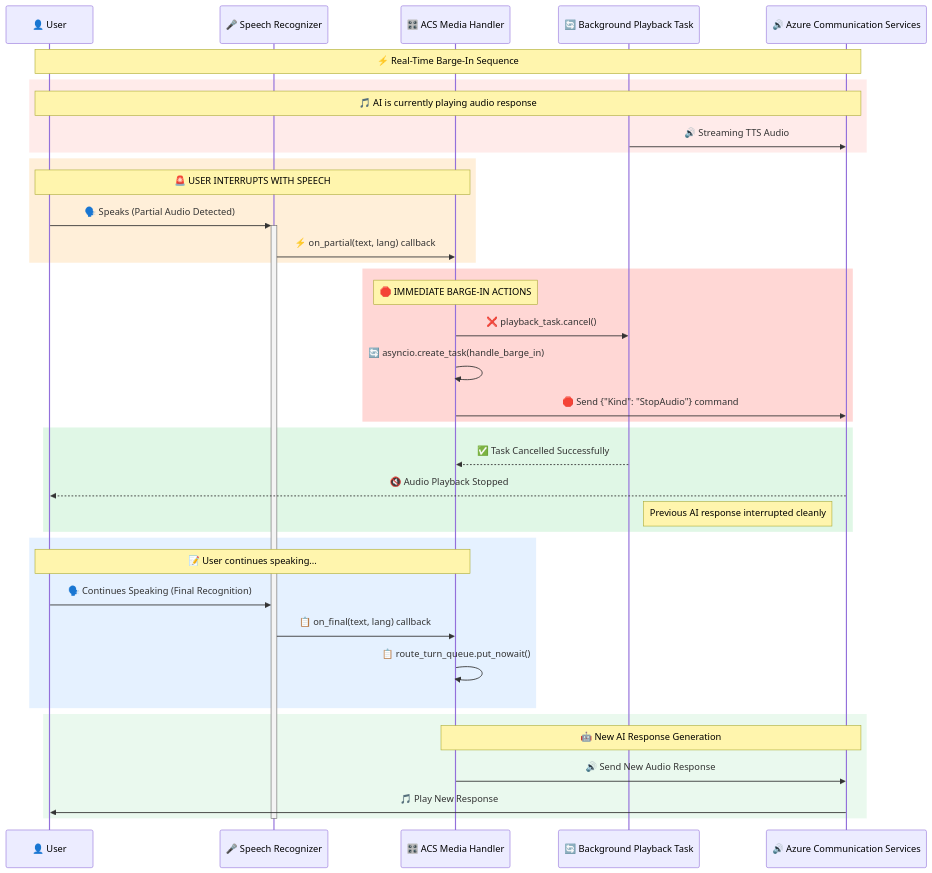
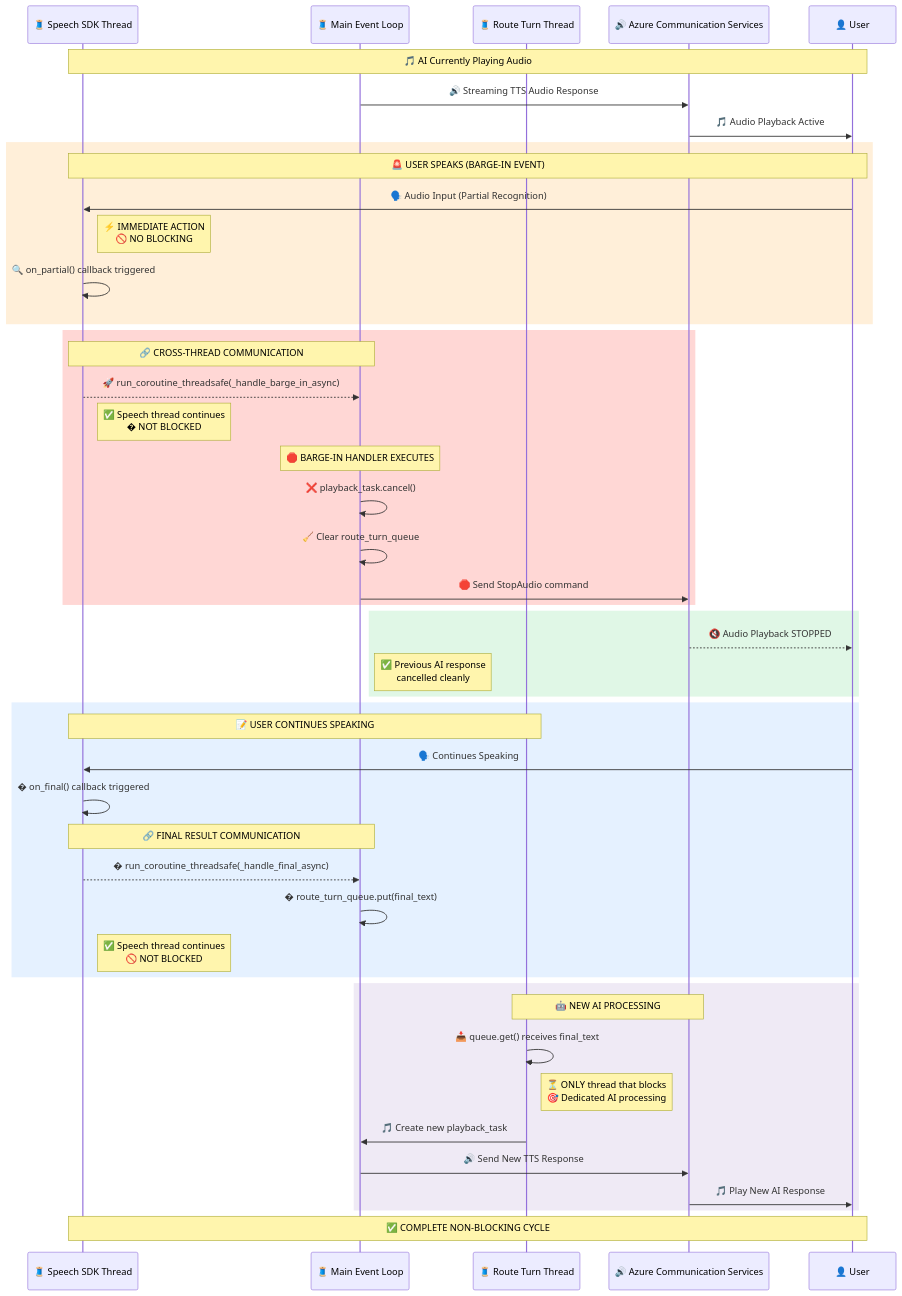
One commit to glavman/art-voice-agent-accelerator changed the fourth of 5 diagrams in docs/ACSBargeInFlow.md. Above: the diagram before and after it, drawn with Mermaid. The commit also changed other lines of this file and 17 other files, not shown here.

First line of the commit message:
feat: Add Event Grid App Configuration script for Azure setup

````diff
--- a/docs/ACSBargeInFlow.md
+++ b/docs/ACSBargeInFlow.md
@@ -127,49 +343,59 @@
 ```mermaid
 sequenceDiagram
+    participant SpeechSDK as 🧵 Speech SDK Thread
+    participant MainLoop as 🧵 Main Event Loop
+    participant RouteLoop as 🧵 Route Turn Thread  
+    participant ACS as 🔊 Azure Communication Services
     participant User as 👤 User
-    participant SR as 🎤 Speech Recognizer
-    participant Handler as 🎛️ ACS Media Handler
-    participant BG as 🔄 Background Playback Task
-    participant ACS as 🔊 Azure Communication Services
 
-    Note over User,ACS: ⚡ Real-Time Barge-In Sequence
-    
-    rect rgba(255, 59, 48, 0.1)
-    Note over User,ACS: 🎵 AI is currently playing audio response
-    BG->>ACS: 🔊 Streaming TTS Audio
-    end
+    Note over SpeechSDK,User: 🎵 AI Currently Playing Audio
+    MainLoop->>ACS: 🔊 Streaming TTS Audio Response
+    ACS->>User: 🎵 Audio Playback Active
     
     rect rgba(255, 149, 0, 0.15)
-    Note over User,Handler: 🚨 USER INTERRUPTS WITH SPEECH
-    User->>+SR: 🗣️ Speaks (Partial Audio Detected)
-    SR->>Handler: ⚡ on_partial(text, lang) callback
+    Note over SpeechSDK,User: 🚨 USER SPEAKS (BARGE-IN EVENT)
+    User->>SpeechSDK: 🗣️ Audio Input (Partial Recognition)
+    
+    Note right of SpeechSDK: ⚡ IMMEDIATE ACTION<br/>🚫 NO BLOCKING
+    SpeechSDK->>SpeechSDK: 🔍 on_partial() callback triggered
     end
     
     rect rgba(255, 59, 48, 0.2)
-    Note over Handler: 🛑 IMMEDIATE BARGE-IN ACTIONS
-    Handler->>BG: ❌ playback_task.cancel()
-    Handler->>Handler: 🔄 asyncio.create_task(handle_barge_in)
-    Handler->>ACS: 🛑 Send {"Kind": "StopAudio"} command
+    Note over SpeechSDK,MainLoop: 🔗 CROSS-THREAD COMMUNICATION
+    SpeechSDK-->>MainLoop: 🚀 run_coroutine_threadsafe(_handle_barge_in_async)
+    Note right of SpeechSDK: ✅ Speech thread continues<br/>� NOT BLOCKED
+    
+    Note over MainLoop: 🛑 BARGE-IN HANDLER EXECUTES
+    MainLoop->>MainLoop: ❌ playback_task.cancel()
+    MainLoop->>MainLoop: 🧹 Clear route_turn_queue
+    MainLoop->>ACS: 🛑 Send StopAudio command
     end
     
     rect rgba(52, 199, 89, 0.15)
-    BG-->>Handler: ✅ Task Cancelled Successfully
-    ACS-->>User: 🔇 Audio Playback Stopped
-    Note right of BG: Previous AI response interrupted cleanly
+    ACS-->>User: 🔇 Audio Playback STOPPED
+    Note right of MainLoop: ✅ Previous AI response<br/>cancelled cleanly
     end
     
     rect rgba(0, 122, 255, 0.1)
-    Note over User,Handler: 📝 User continues speaking...
-    User->>SR: 🗣️ Continues Speaking (Final Recognition)
-    SR->>Handler: 📋 on_final(text, lang) callback
-    Handler->>Handler: 📋 route_turn_queue.put_nowait()
+    Note over SpeechSDK,RouteLoop: 📝 USER CONTINUES SPEAKING
+    User->>SpeechSDK: 🗣️ Continues Speaking
+    SpeechSDK->>SpeechSDK: � on_final() callback triggered
+    
+    Note over SpeechSDK,MainLoop: 🔗 FINAL RESULT COMMUNICATION
+    SpeechSDK-->>MainLoop: � run_coroutine_threadsafe(_handle_final_async)
+    MainLoop->>MainLoop: � route_turn_queue.put(final_text)
+    Note right of SpeechSDK: ✅ Speech thread continues<br/>🚫 NOT BLOCKED
     end
     
-    rect rgba(52, 199, 89, 0.1)
-    Note over Handler,ACS: 🤖 New AI Response Generation
-    Handler->>ACS: 🔊 Send New Audio Response
-    ACS->>User: 🎵 Play New Response
+    rect rgba(102, 51, 153, 0.1)
+    Note over RouteLoop,ACS: 🤖 NEW AI PROCESSING
+    RouteLoop->>RouteLoop: 📥 queue.get() receives final_text
+    Note right of RouteLoop: ⏳ ONLY thread that blocks<br/>🎯 Dedicated AI processing
+    
+    RouteLoop->>MainLoop: 🎵 Create new playback_task
+    MainLoop->>ACS: 🔊 Send New TTS Response
+    ACS->>User: 🎵 Play New AI Response
     end
     
-    deactivate SR
+    Note over SpeechSDK,User: ✅ COMPLETE NON-BLOCKING CYCLE
 ```
````
